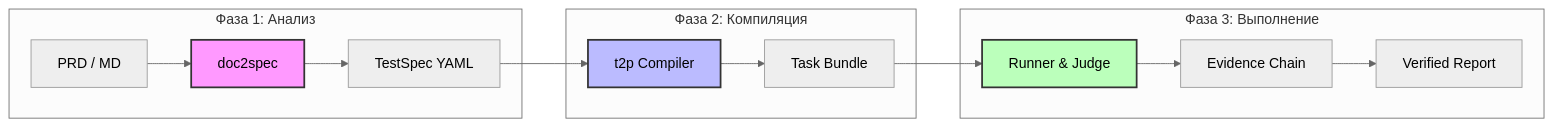
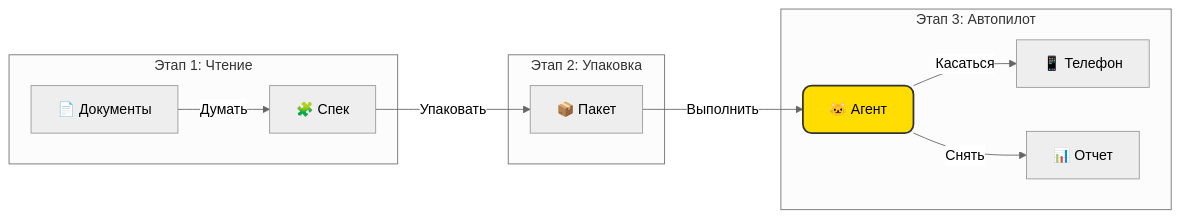
One commit to Yell0wMe/TesterAgent changed the diagram in README.ru.md. Above: the diagram before and after it, drawn with Mermaid (neutral theme). The commit also changed other lines of this file and 25 other files, not shown here.

````diff
--- a/README.ru.md
+++ b/README.ru.md
@@ -58,22 +67,18 @@
 ```mermaid
 graph LR
-    subgraph "Фаза 1: Анализ"
-    Doc[PRD / MD] --> D2S[doc2spec]
-    D2S --> TS[TestSpec YAML]
+    subgraph "Этап 1: Чтение"
+    Doc[📄 Документы] -->|Думать| Build[🧩 Спек]
     end
 
-    subgraph "Фаза 2: Компиляция"
-    TS --> T2P[t2p Compiler]
-    T2P --> TB[Task Bundle]
+    subgraph "Этап 2: Упаковка"
+    Build -->|Упаковать| Bundle[📦 Пакет]
     end
 
-    subgraph "Фаза 3: Выполнение"
-    TB --> Runner[Runner & Judge]
-    Runner --> Evidence[Evidence Chain]
-    Evidence --> Verdict[Verified Report]
+    subgraph "Этап 3: Автопилот"
+    Bundle -->|Выполнить| Cat[🐱 Агент]
+    Cat -->|Касаться| Phone[📱 Телефон]
+    Cat -->|Снять| Report[📊 Отчет]
     end
 
-    style D2S fill:#f9f,stroke:#333,stroke-width:2px
-    style T2P fill:#bbf,stroke:#333,stroke-width:2px
-    style Runner fill:#bfb,stroke:#333,stroke-width:2px
+    style Cat fill:#ffdd00,stroke:#333,stroke-width:2px,rx:10,ry:10
 ```
````
